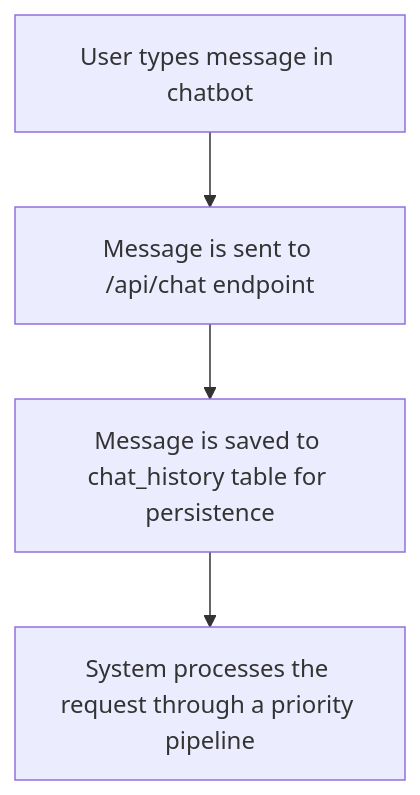
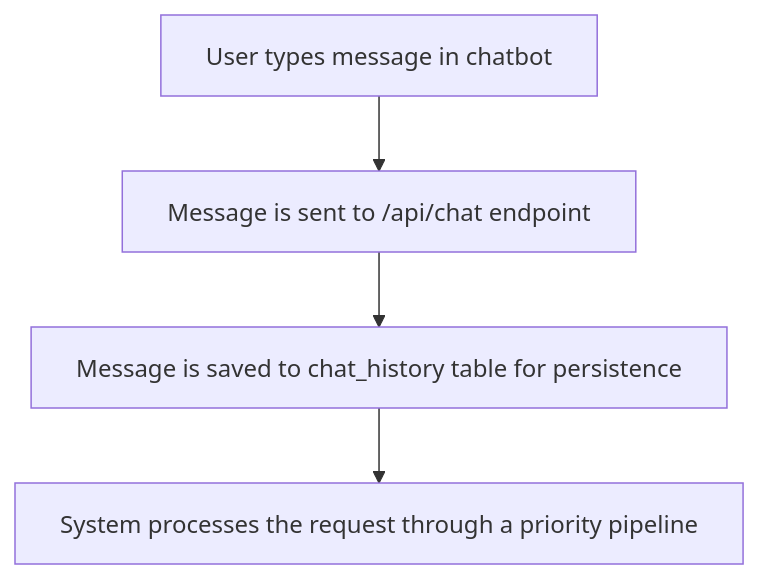
Before and after one commit to chaitanyasaiyerra/Musuem-chatbot: the fifth of 15 diagrams in STEP_BY_STEP_GUIDE.md, drawn with Mermaid. The commit also changed other lines of this file and 1 other file, not shown here.

Commit message:
docs: replace spaces with nbsp in mermaid diagrams to force single-line rendering

````diff
--- a/STEP_BY_STEP_GUIDE.md
+++ b/STEP_BY_STEP_GUIDE.md
@@ -81,6 +81,6 @@
 ```mermaid
 graph TD
-    A["User types message in chatbot"] --> B["Message is sent to /api/chat endpoint"]
-    B --> C["Message is saved to chat_history table for persistence"]
-    C --> D["System processes the request through a priority pipeline"]
+    A["User&nbsp;types&nbsp;message&nbsp;in&nbsp;chatbot"] --> B["Message&nbsp;is&nbsp;sent&nbsp;to&nbsp;/api/chat&nbsp;endpoint"]
+    B --> C["Message&nbsp;is&nbsp;saved&nbsp;to&nbsp;chat_history&nbsp;table&nbsp;for&nbsp;persistence"]
+    C --> D["System&nbsp;processes&nbsp;the&nbsp;request&nbsp;through&nbsp;a&nbsp;priority&nbsp;pipeline"]
 ```
````
